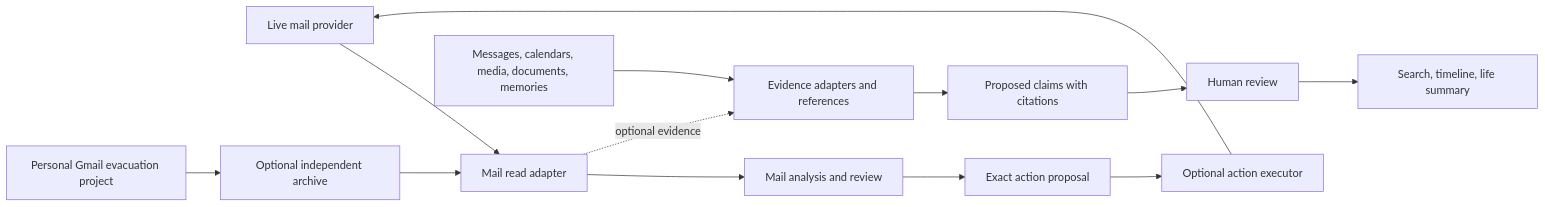
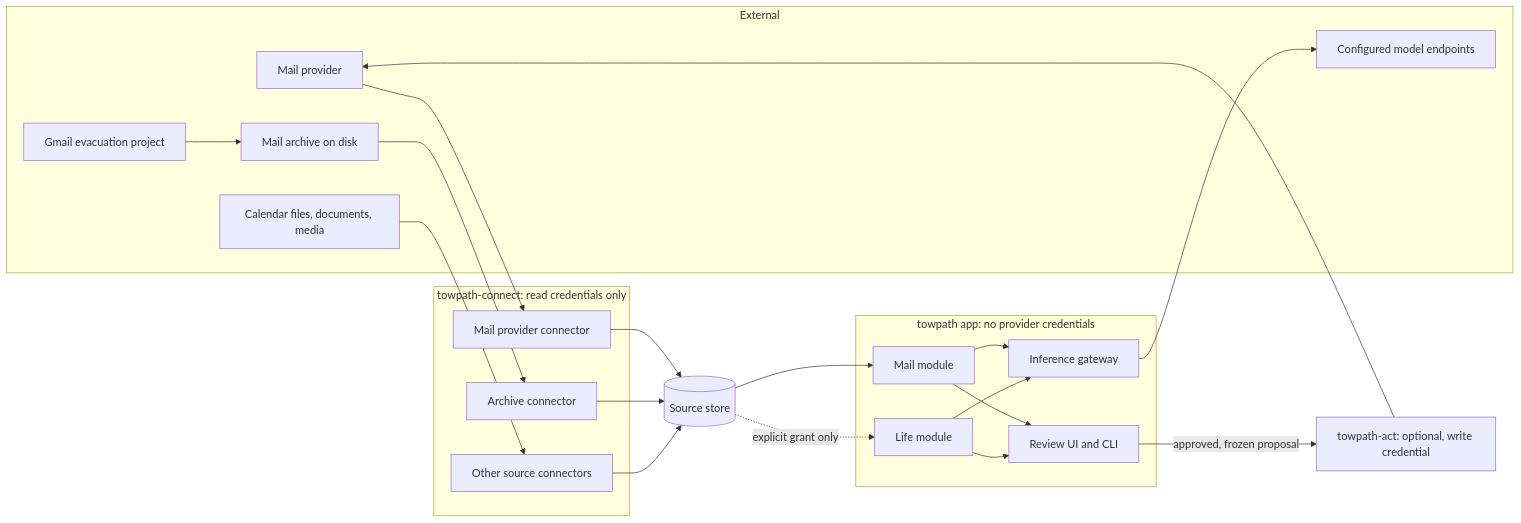
Before and after one commit to endthestart/towpath: the diagram in docs/architecture.md, drawn with Mermaid. The commit also changed other lines of this file and 11 other files, not shown here.

First line of the commit message:
Design deployable components, interfaces, and first read-only slice

````diff
--- a/docs/architecture.md
+++ b/docs/architecture.md
@@ -15,17 +19,44 @@
 ```mermaid
 flowchart LR
-    Provider[Live mail provider] --> MailRead[Mail read adapter]
-    Archive[Optional independent archive] --> MailRead
-    MailRead --> MailReview[Mail analysis and review]
-    MailReview --> Proposal[Exact action proposal]
-    Proposal --> Executor[Optional action executor]
-    Executor --> Provider
+    subgraph External
+        Provider[Mail provider]
+        ArchiveFiles[Mail archive on disk]
+        Files[Calendar files, documents, media]
+        Endpoint[Configured model endpoints]
+        Evac[Gmail evacuation project]
+    end
 
-    MailRead -. optional evidence .-> Evidence[Evidence adapters and references]
-    Other[Messages, calendars, media, documents, memories] --> Evidence
-    Evidence --> Claims[Proposed claims with citations]
-    Claims --> Curator[Human review]
-    Curator --> Story[Search, timeline, life summary]
+    subgraph Connect[towpath-connect: read credentials only]
+        MailConn[Mail provider connector]
+        ArchConn[Archive connector]
+        OtherConn[Other source connectors]
+    end
 
-    Migration[Personal Gmail evacuation project] --> Archive
+    subgraph App[towpath app: no provider credentials]
+        Mail[Mail module]
+        Life[Life module]
+        Gateway[Inference gateway]
+        Review[Review UI and CLI]
+    end
+
+    Act[towpath-act: optional, write credential]
+
+    Provider --> MailConn
+    ArchiveFiles --> ArchConn
+    Files --> OtherConn
+    MailConn --> SourceStore[(Source store)]
+    ArchConn --> SourceStore
+    OtherConn --> SourceStore
+
+    SourceStore --> Mail
+    SourceStore -. explicit grant only .-> Life
+    Mail --> Gateway
+    Life --> Gateway
+    Gateway --> Endpoint
+    Mail --> Review
+    Life --> Review
+
+    Review -- approved, frozen proposal --> Act
+    Act --> Provider
+    Evac --> ArchiveFiles
 ```
````
